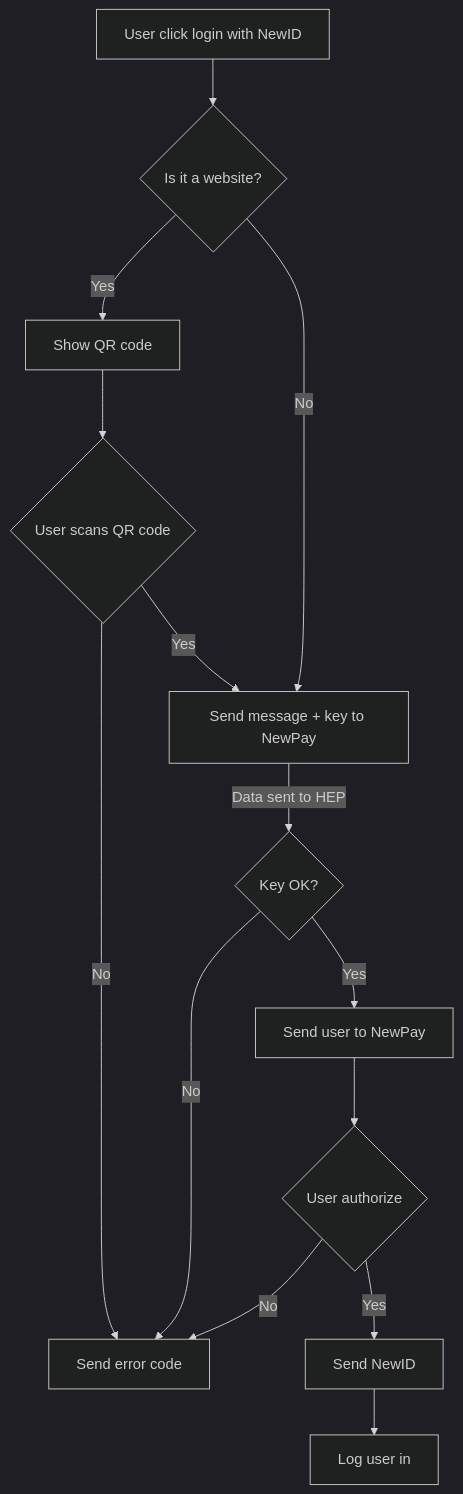
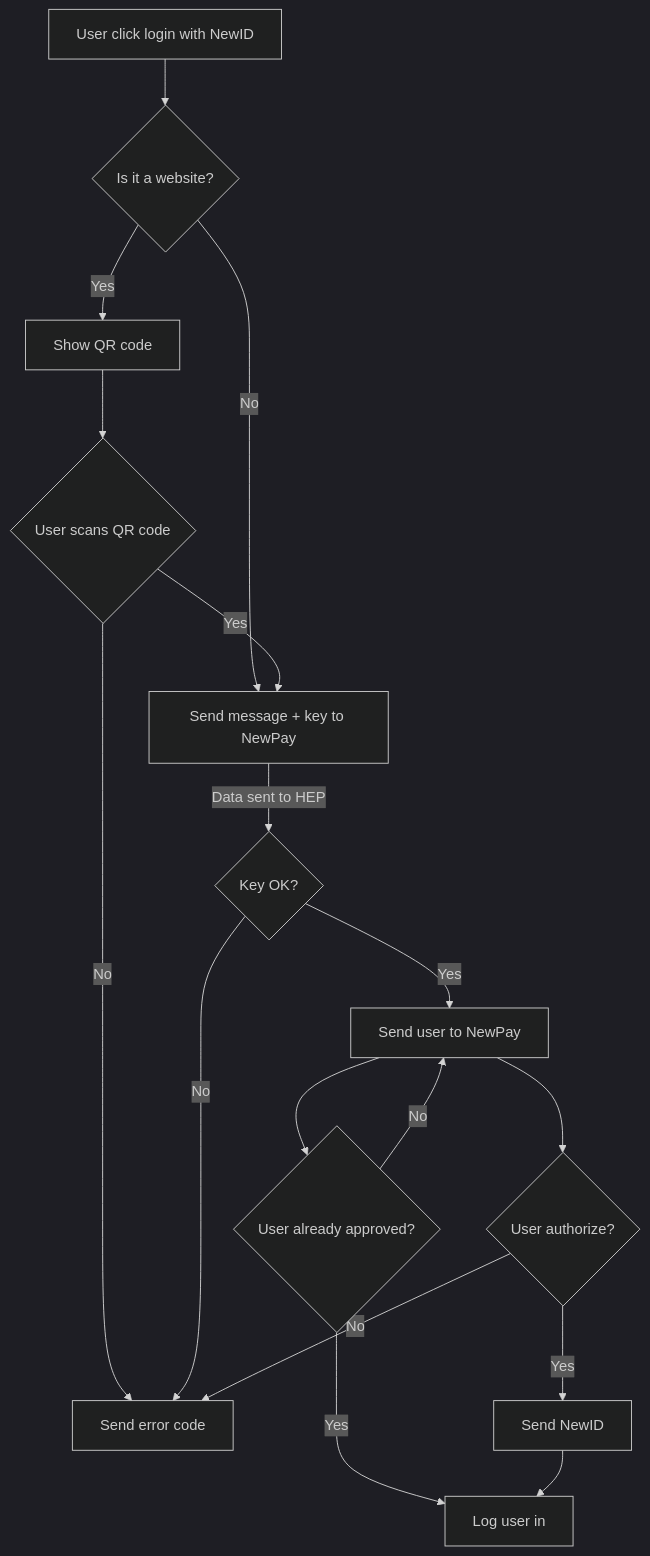
The diagram in login_flowchart.md (newtonproject/HEP-specification), drawn with Mermaid (dark theme) before and after one commit.

Commit message:
If user already approved, just login

````diff
--- a/login_flowchart.md
+++ b/login_flowchart.md
@@ -1,17 +1,20 @@
 ```mermaid
 graph TD
 Click[User click login with NewID] --> web_check{Is it a website?}
 web_check--> |Yes| qr[Show QR code]
 web_check--> |No| send_req_newpay
 qr --> user_scan{User scans QR code}
 user_scan-->|No| Err
 user_scan-->|Yes| send_req_newpay
 send_req_newpay[Send message + key to NewPay];
 send_req_newpay --> |Data sent to HEP| check_key{Key OK?}
 check_key -->|No| Err[Send error code]
 check_key -->|Yes| redirect_newpay[Send user to NewPay]
-redirect_newpay --> user_auth_ask{User authorize}
+redirect_newpay --> user_exist{User already approved?}
+user_exist-->|Yes| login_user
+user_exist-->|No| redirect_newpay
+redirect_newpay --> user_auth_ask{User authorize?}
 user_auth_ask-->|No| Err
 user_auth_ask-->|Yes| send_newid[Send NewID]
 send_newid --> login_user[Log user in]
 ```
````
